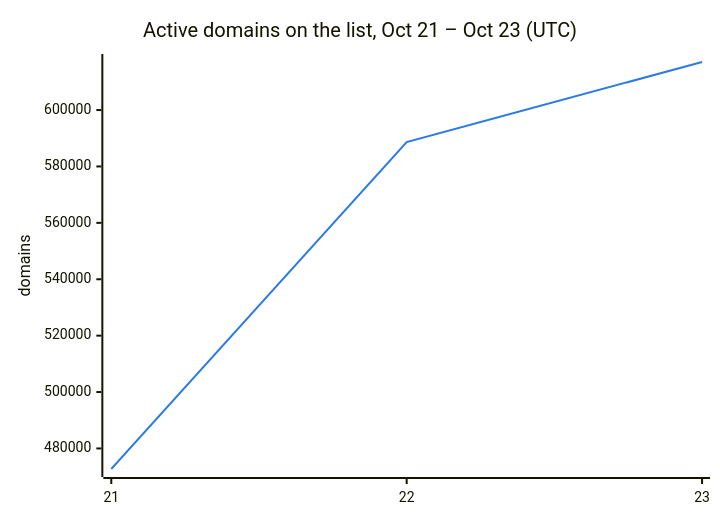
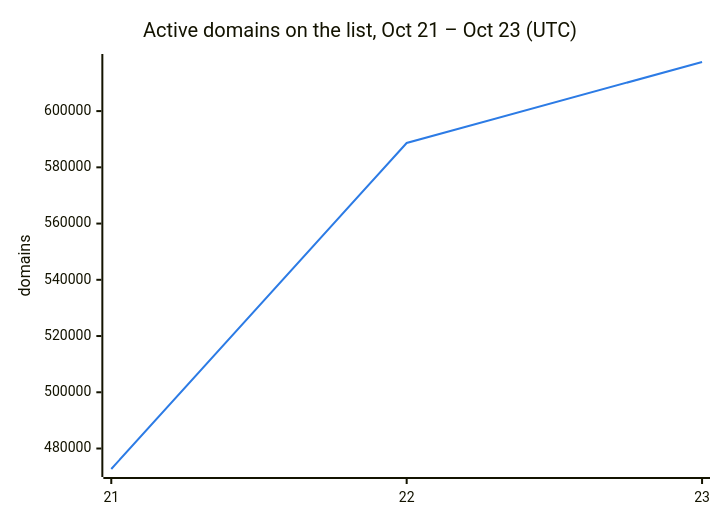
Before and after one commit to DNSBunker/CTI: the second of 3 diagrams in README.md, drawn with Mermaid. The commit also changed other lines of this file and 3 other files, not shown here.

````diff
--- a/README.md
+++ b/README.md
@@ -38,8 +38,8 @@
 ```mermaid
 %%{init: {"themeVariables": {"xyChart": {"plotColorPalette": "#2c7be5"}}}}%%
 xychart-beta
     title "Active domains on the list, Oct 21 – Oct 23 (UTC)"
     x-axis ["21", "22", "23"]
     y-axis "domains"
-    line [472713, 588659, 617041]
+    line [472713, 588659, 617461]
 ```
````
